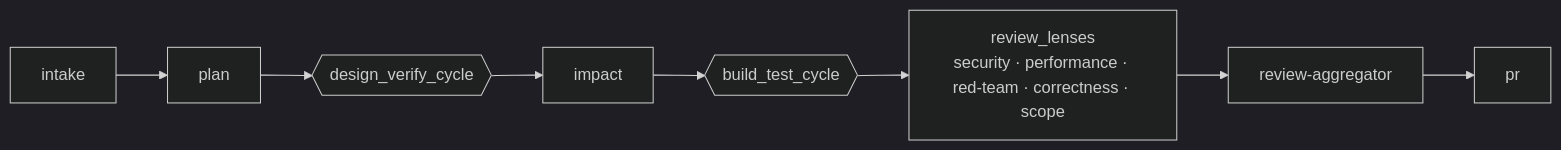
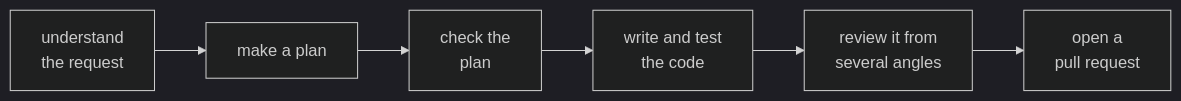
The diagram in README.md (ezigus/zBuild), drawn with Mermaid (dark theme) before and after one commit. The commit also changed other lines of this file and 28 other files, not shown here.

````diff
--- a/README.md
+++ b/README.md
@@ -19,10 +51,8 @@
 ```mermaid
 flowchart LR
-    intake[intake] --> plan[plan]
-    plan --> dvc{{design_verify_cycle}}
-    dvc --> impact[impact]
-    impact --> btc{{build_test_cycle}}
-    btc --> lenses[review_lenses<br/>security · performance · red-team · correctness · scope]
-    lenses --> agg[review-aggregator]
-    agg --> pr[pr]
+    A[understand<br/>the request] --> B[make a plan]
+    B --> C[check the<br/>plan]
+    C --> D[write and test<br/>the code]
+    D --> E[review it from<br/>several angles]
+    E --> F[open a<br/>pull request]
 ```
````
